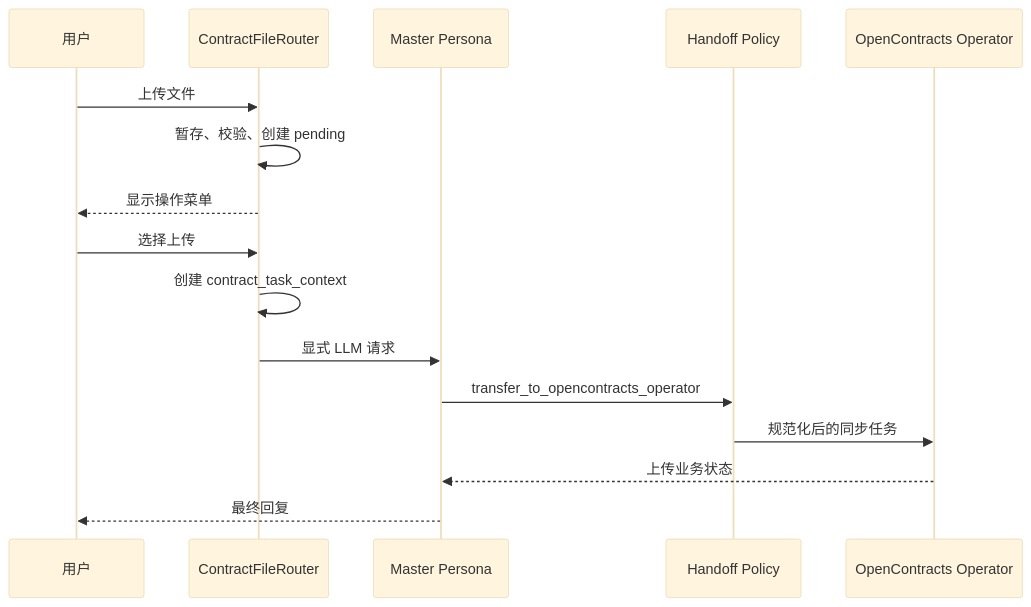
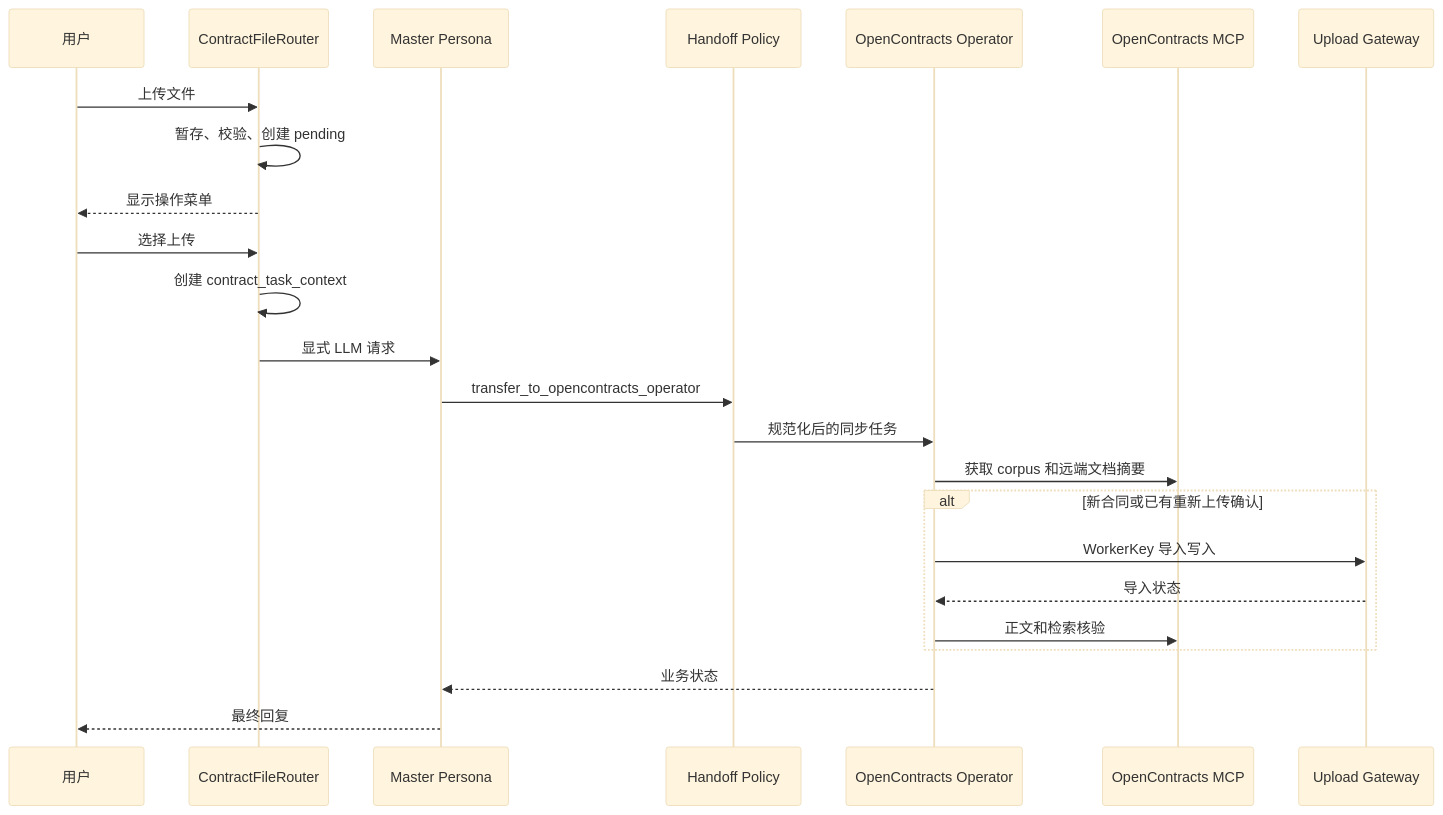
Before and after one commit to Ri0n72Y/ContractBotConfig: the third of 3 diagrams in plugins/astrbot_plugin_contract_file_router/README.md, drawn with Mermaid (base theme). The commit also changed other lines of this file and 43 other files, not shown here.

Commit message:
phase2: move OpenContracts reads to MCP and split upload gateway

````diff
--- a/plugins/astrbot_plugin_contract_file_router/README.md
+++ b/plugins/astrbot_plugin_contract_file_router/README.md
@@ -79,19 +77,27 @@
 ```mermaid
 sequenceDiagram
     participant U as 用户
     participant R as ContractFileRouter
     participant M as Master Persona
     participant H as Handoff Policy
     participant O as OpenContracts Operator
+    participant MCP as OpenContracts MCP
+    participant G as Upload Gateway
 
     U->>R: 上传文件
     R->>R: 暂存、校验、创建 pending
     R-->>U: 显示操作菜单
     U->>R: 选择上传
     R->>R: 创建 contract_task_context
     R->>M: 显式 LLM 请求
     M->>H: transfer_to_opencontracts_operator
     H->>O: 规范化后的同步任务
-    O-->>M: 上传业务状态
+    O->>MCP: 获取 corpus 和远端文档摘要
+    alt 新合同或已有重新上传确认
+        O->>G: WorkerKey 导入写入
+        G-->>O: 导入状态
+        O->>MCP: 正文和检索核验
+    end
+    O-->>M: 业务状态
     M-->>U: 最终回复
 ```
````
